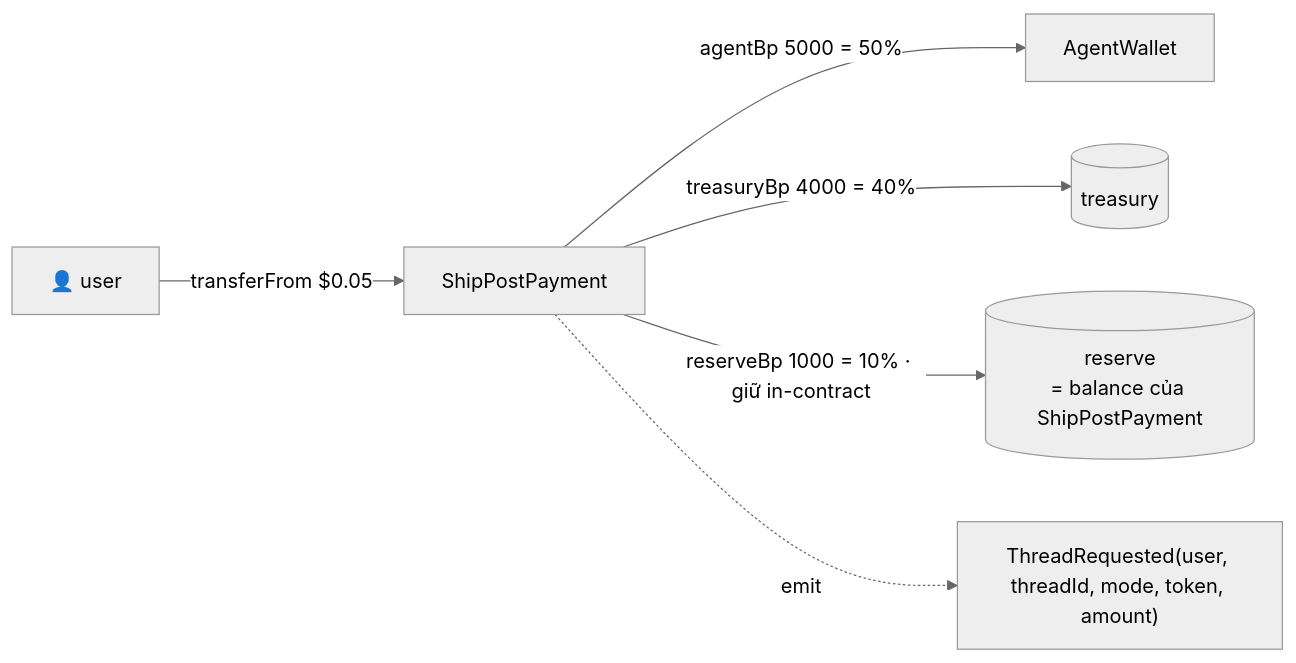
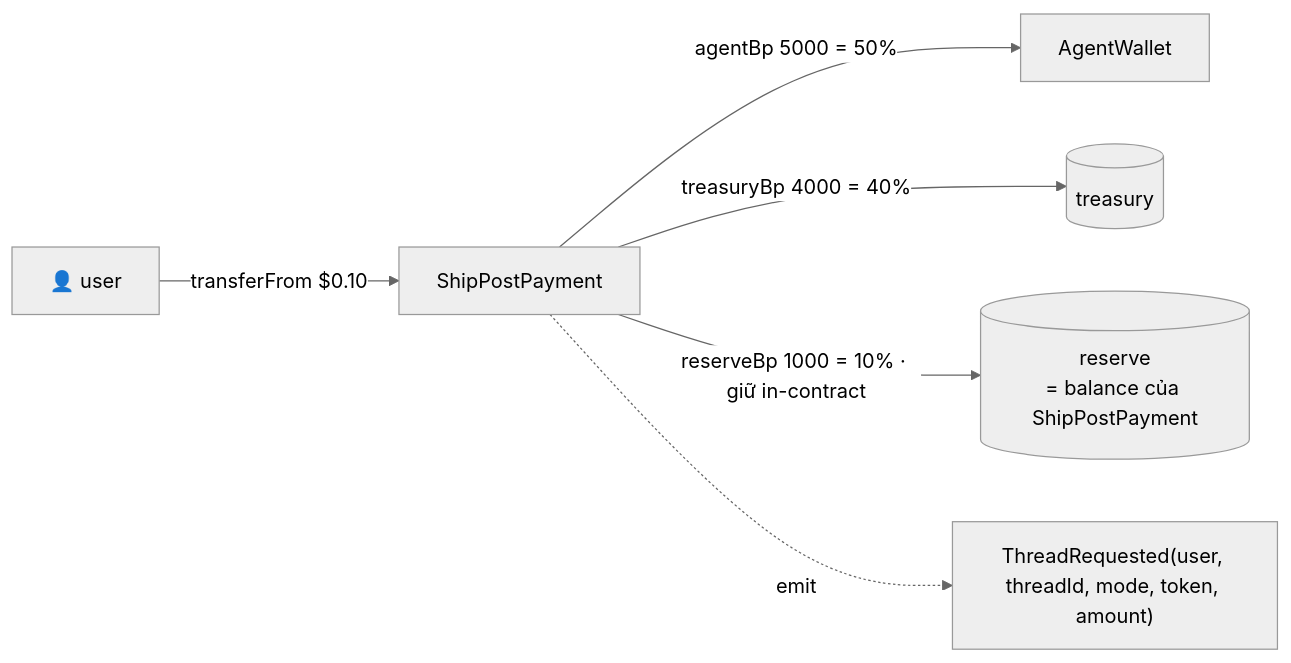
One commit to hms1499/shippost changed the third of 13 diagrams in docs/ARCHITECTURE.md. Above: the diagram before and after it, drawn with Mermaid (neutral theme). The commit also changed other lines of this file and 8 other files, not shown here.

````diff
--- a/docs/ARCHITECTURE.md
+++ b/docs/ARCHITECTURE.md
@@ -118,8 +138,8 @@
 ```mermaid
 flowchart LR
-    U["👤 user"] -->|"transferFrom $0.05"| C["ShipPostPayment"]
+    U["👤 user"] -->|"transferFrom $0.10"| C["ShipPostPayment"]
     C -->|"agentBp 5000 = 50%"| A["AgentWallet"]
     C -->|"treasuryBp 4000 = 40%"| T[("treasury")]
     C -->|"reserveBp 1000 = 10% · giữ in-contract"| R[("reserve<br/>= balance của ShipPostPayment")]
     C -.->|"emit"| E["ThreadRequested(user, threadId, mode, token, amount)"]
 ```
````
